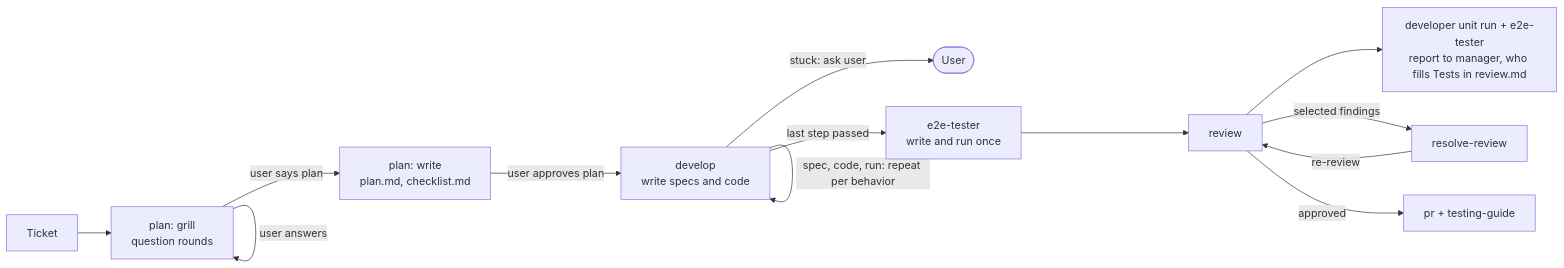
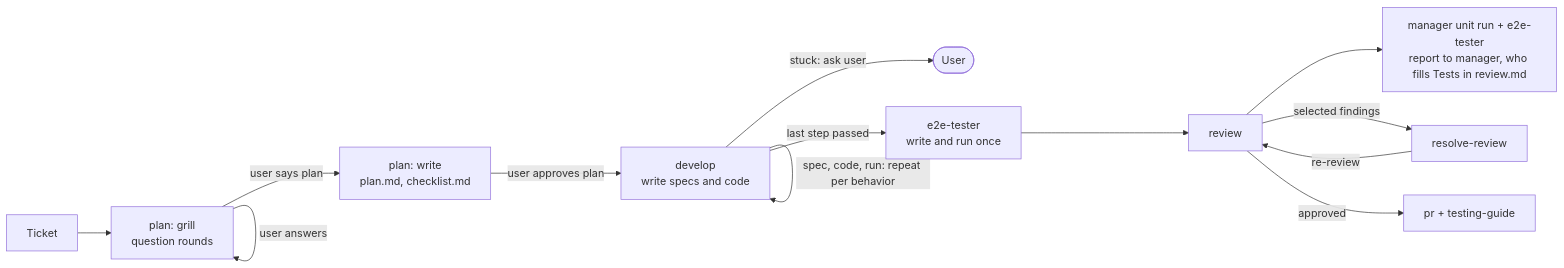
Before and after one commit to le0u0/just-do-it: the second of 3 diagrams in docs/architecture/ARCHITECTURE.md, drawn with Mermaid. The commit also changed other lines of this file and 11 other files, not shown here.

Commit message:
refactor: drop developer role, manager runs develop itself

````diff
--- a/docs/architecture/ARCHITECTURE.md
+++ b/docs/architecture/ARCHITECTURE.md
@@ -23,15 +21,15 @@
 ```mermaid
 flowchart LR
     T[Ticket] --> TH[plan: grill<br/>question rounds]
     TH -->|user answers| TH
     TH -->|user says plan| PL[plan: write<br/>plan.md, checklist.md]
     PL -->|user approves plan| S[develop<br/>write specs and code]
     S -->|spec, code, run: repeat per behavior| S
     S -->|stuck: ask user| U2([User])
     S -->|last step passed| E2[e2e-tester<br/>write and run once]
     E2 --> RV[review]
-    RV --> UT2[developer unit run + e2e-tester<br>report to manager, who fills Tests in review.md]
+    RV --> UT2[manager unit run + e2e-tester<br>report to manager, who fills Tests in review.md]
     RV -->|selected findings| RS[resolve-review]
     RS -->|re-review| RV
     RV -->|approved| PR[pr + testing-guide]
 ```
````
